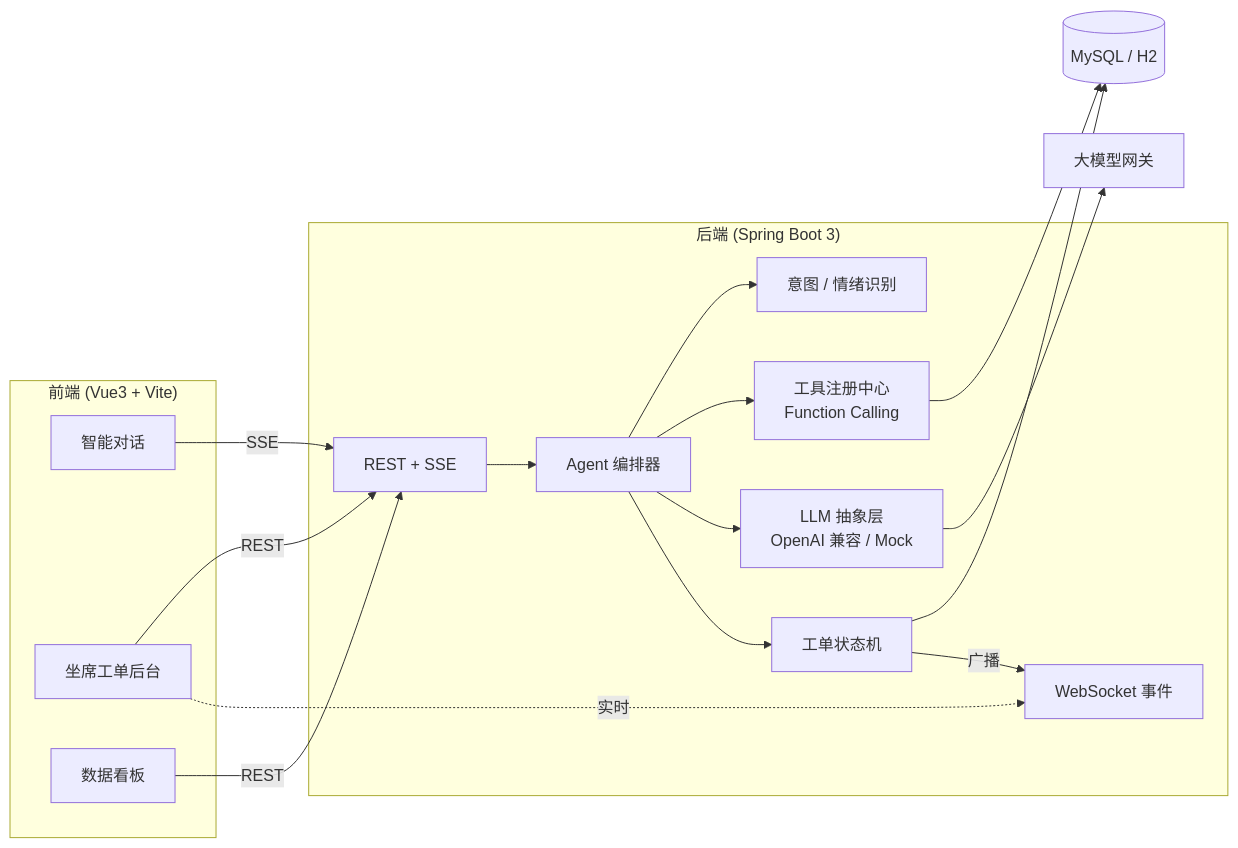
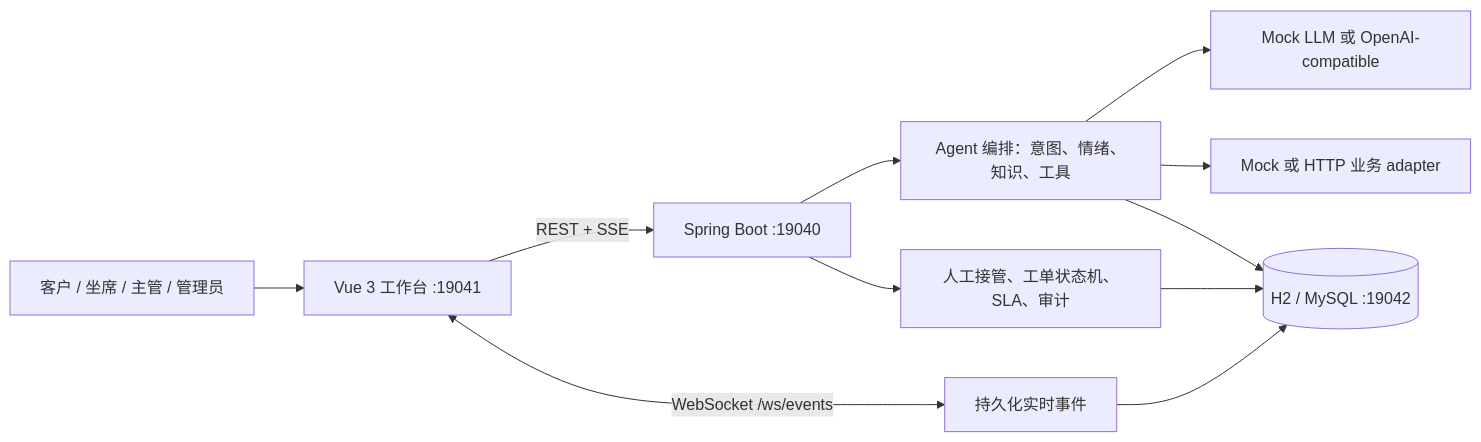
One commit to Hou-mingyuan/ai-service-agent changed the diagram in README.md. Above: the diagram before and after it, drawn with Mermaid. The commit also changed other lines of this file and 202 other files, not shown here.

````diff
--- a/README.md
+++ b/README.md
@@ -30,29 +25,13 @@
 ```mermaid
 flowchart LR
-    subgraph FE["前端 (Vue3 + Vite)"]
-        Chat[智能对话]
-        Console[坐席工单后台]
-        Dash[数据看板]
-    end
-    subgraph BE["后端 (Spring Boot 3)"]
-        API[REST + SSE]
-        WS[WebSocket 事件]
-        ORCH[Agent 编排器]
-        NLU[意图 / 情绪识别]
-        TOOLS[工具注册中心\nFunction Calling]
-        TICKET[工单状态机]
-        LLM[LLM 抽象层\nOpenAI 兼容 / Mock]
-    end
-    DB[(MySQL / H2)]
-    EXT[大模型网关]
-
-    Chat -->|SSE| API --> ORCH
-    Console -->|REST| API
-    Console -.->|实时| WS
-    Dash -->|REST| API
-    ORCH --> NLU
-    ORCH --> TOOLS --> DB
-    ORCH --> LLM --> EXT
-    ORCH --> TICKET --> DB
-    TICKET -->|广播| WS
+  U["客户 / 坐席 / 主管 / 管理员"] --> FE["Vue 3 工作台 :19041"]
+  FE -->|"REST + SSE"| API["Spring Boot :19040"]
+  FE <-->|"WebSocket /ws/events"| RT["持久化实时事件"]
+  API --> AG["Agent 编排：意图、情绪、知识、工具"]
+  AG --> LLM["Mock LLM 或 OpenAI-compatible"]
+  AG --> BA["Mock 或 HTTP 业务 adapter"]
+  API --> WF["人工接管、工单状态机、SLA、审计"]
+  AG --> DB[("H2 / MySQL :19042")]
+  RT --> DB
+  WF --> DB
 ```
````
